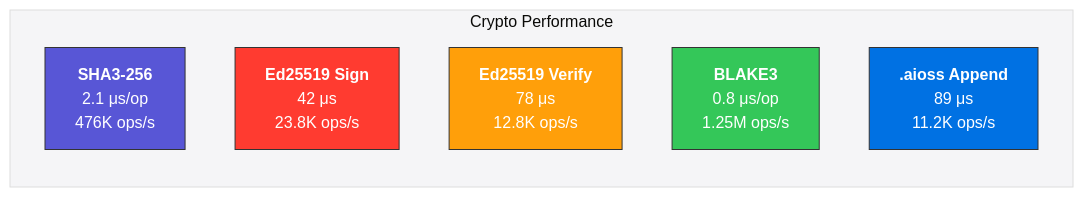
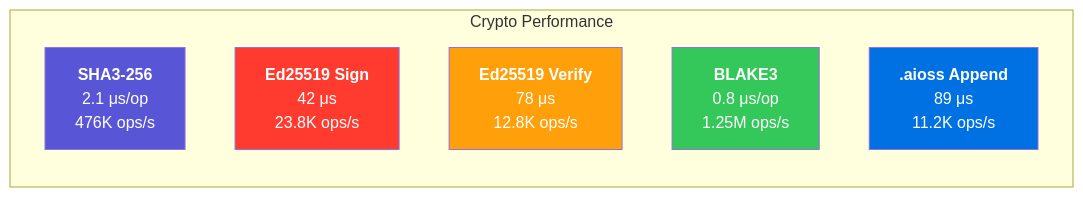
The diagram in wiki-content/Performance.md (kleinnner/Anticloud), drawn with Mermaid before and after one commit. The commit also changed 23 other files, not shown here.

Commit message:
fix(wiki): strip Mermaid init directives, use compat syntax for GH Wiki renderer

````diff
--- a/wiki-content/Performance.md
+++ b/wiki-content/Performance.md
@@ -17,16 +17,15 @@
 ```mermaid
-%%{init: { 'theme': 'base', 'themeVariables': { 'primaryColor': '#1d1d1f', 'primaryTextColor': '#fff', 'primaryBorderColor': '#333', 'lineColor': '#0071e3', 'tertiaryColor': '#f5f5f7' } }}%%
 flowchart LR
     subgraph Metrics[Crypto Performance]
         SHA3[<b>SHA3-256</b><br/>2.1 μs/op<br/>476K ops/s]
         ED[<b>Ed25519 Sign</b><br/>42 μs<br/>23.8K ops/s]
         EDV[<b>Ed25519 Verify</b><br/>78 μs<br/>12.8K ops/s]
         BLAKE[<b>BLAKE3</b><br/>0.8 μs/op<br/>1.25M ops/s]
         AIOSS[<b>.aioss Append</b><br/>89 μs<br/>11.2K ops/s]
     end
     style SHA3 fill:#5856d6,color:#fff
     style ED fill:#ff3b30,color:#fff
     style EDV fill:#ff9f0a,color:#fff
     style BLAKE fill:#34c759,color:#fff
     style AIOSS fill:#0071e3,color:#fff
 ```
````
